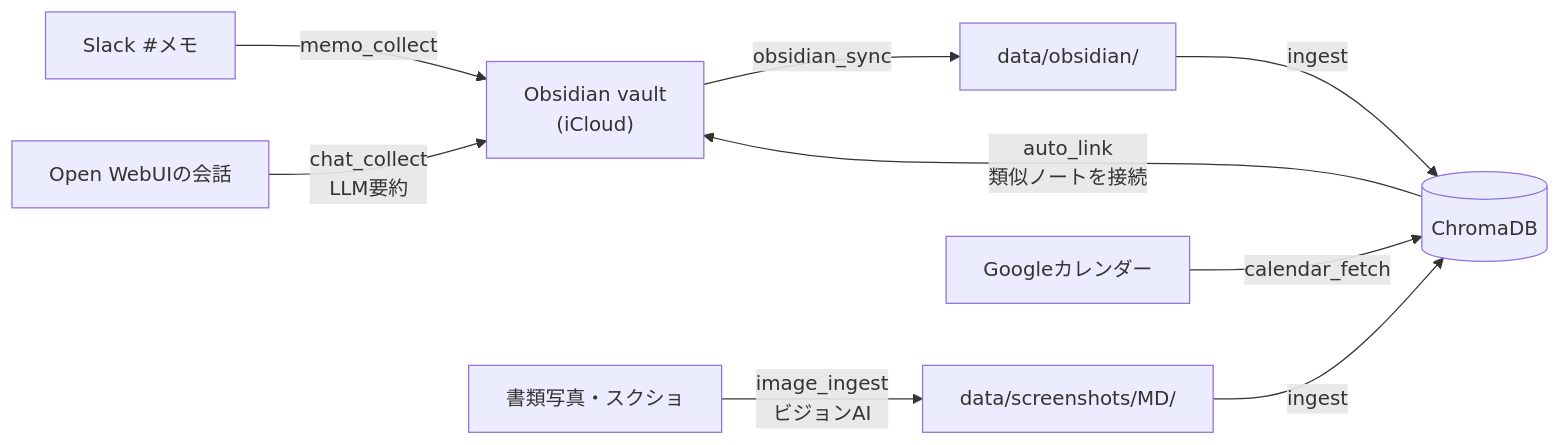
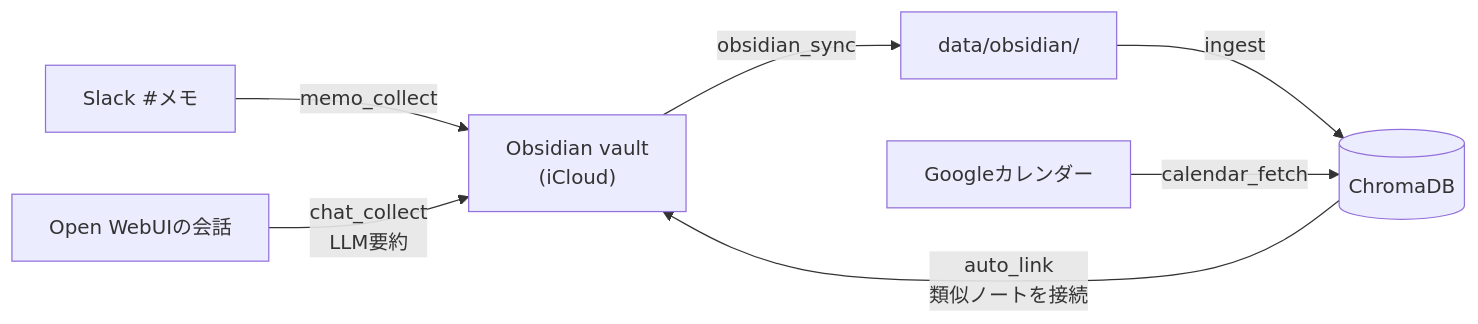
The second of 3 diagrams in README.md (chris9609/personalAI), drawn with Mermaid before and after one commit. The commit also changed other lines of this file, not shown here.

````diff
--- a/README.md
+++ b/README.md
@@ -101,11 +108,9 @@
 ```mermaid
 flowchart LR
     Slack["Slack #メモ"] -->|memo_collect| Vault["Obsidian vault<br/>(iCloud)"]
     Chat["Open WebUIの会話"] -->|chat_collect<br/>LLM要約| Vault
     Vault -->|obsidian_sync| Data["data/obsidian/"]
-    Images["書類写真・スクショ"] -->|image_ingest<br/>ビジョンAI| Data2["data/screenshots/MD/"]
     Data -->|ingest| Chroma[("ChromaDB")]
-    Data2 -->|ingest| Chroma
     Chroma -->|auto_link<br/>類似ノートを接続| Vault
     Calendar["Googleカレンダー"] -->|calendar_fetch| Chroma
 ```
````
